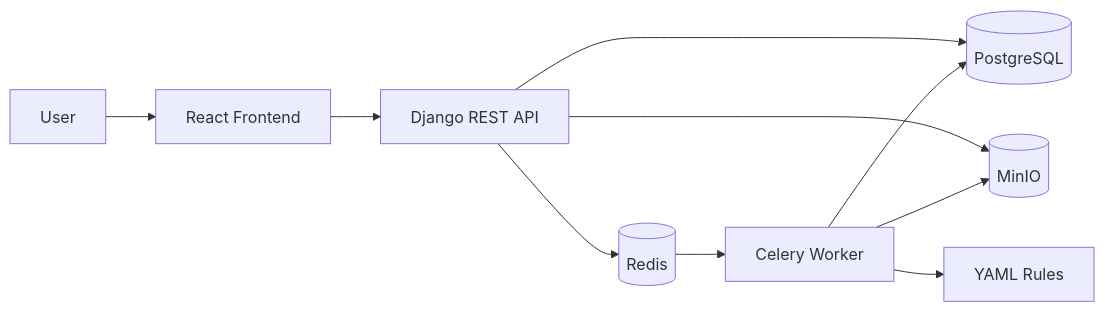
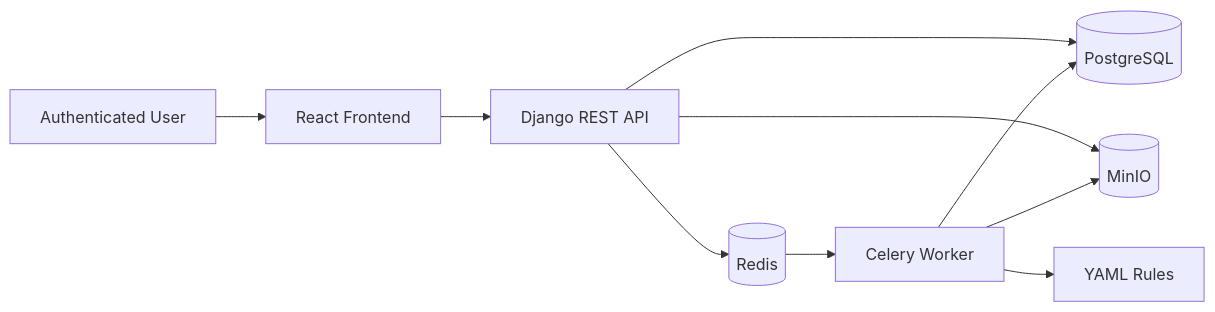
The diagram in docs/03_Architecture.md (nine11-tech/MSAP), drawn with Mermaid before and after one commit. The commit also changed other lines of this file and 103 other files, not shown here.

````diff
--- a/docs/03_Architecture.md
+++ b/docs/03_Architecture.md
@@ -6,12 +6,12 @@
 ```mermaid
 flowchart LR
-    User[User] --> FE[React Frontend]
+    User[Authenticated User] --> FE[React Frontend]
     FE --> API[Django REST API]
     API --> PG[(PostgreSQL)]
     API --> MINIO[(MinIO)]
     API --> REDIS[(Redis)]
     REDIS --> WORKER[Celery Worker]
     WORKER --> MINIO
     WORKER --> PG
     WORKER --> RULES[YAML Rules]
 ```
````
